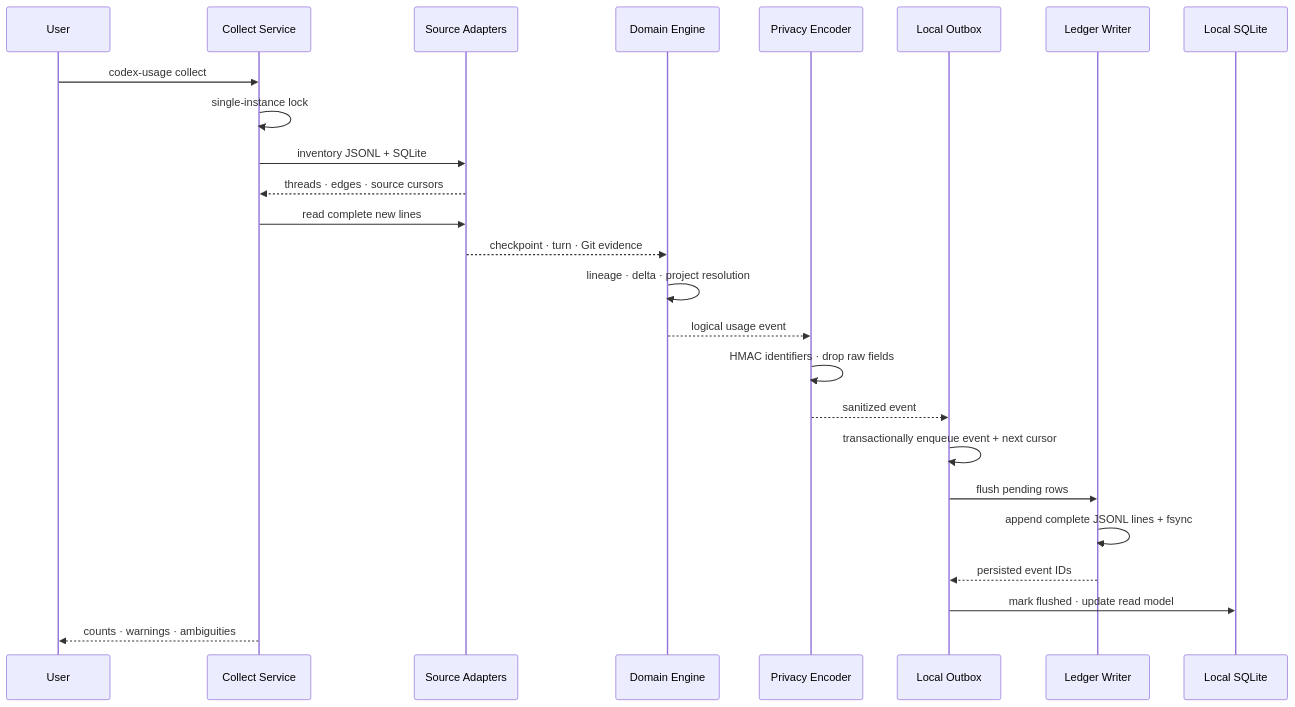
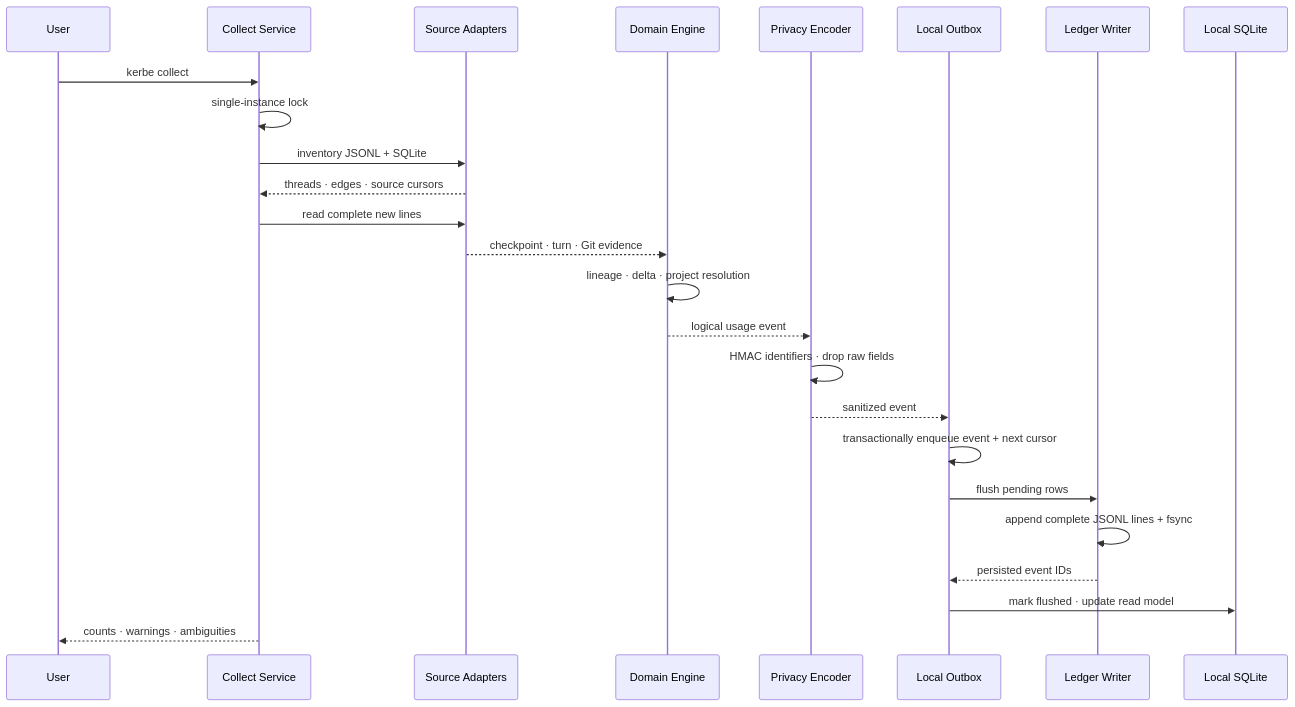
The third of 6 diagrams in ARCHITECTURE.md (shotgun1107/kerbe), drawn with Mermaid before and after one commit. The commit also changed other lines of this file and 16 other files, not shown here.

````diff
--- a/ARCHITECTURE.md
+++ b/ARCHITECTURE.md
@@ -104,28 +104,28 @@
 ```mermaid
 sequenceDiagram
     participant U as User
     participant C as Collect Service
     participant S as Source Adapters
     participant D as Domain Engine
     participant P as Privacy Encoder
     participant O as Local Outbox
     participant L as Ledger Writer
     participant I as Local SQLite
 
-    U->>C: codex-usage collect
+    U->>C: kerbe collect
     C->>C: single-instance lock
     C->>S: inventory JSONL + SQLite
     S-->>C: threads · edges · source cursors
     C->>S: read complete new lines
     S-->>D: checkpoint · turn · Git evidence
     D->>D: lineage · delta · project resolution
     D-->>P: logical usage event
     P->>P: HMAC identifiers · drop raw fields
     P-->>O: sanitized event
     O->>O: transactionally enqueue event + next cursor
     O->>L: flush pending rows
     L->>L: append complete JSONL lines + fsync
     L-->>O: persisted event IDs
     O->>I: mark flushed · update read model
     C-->>U: counts · warnings · ambiguities
 ```
````
